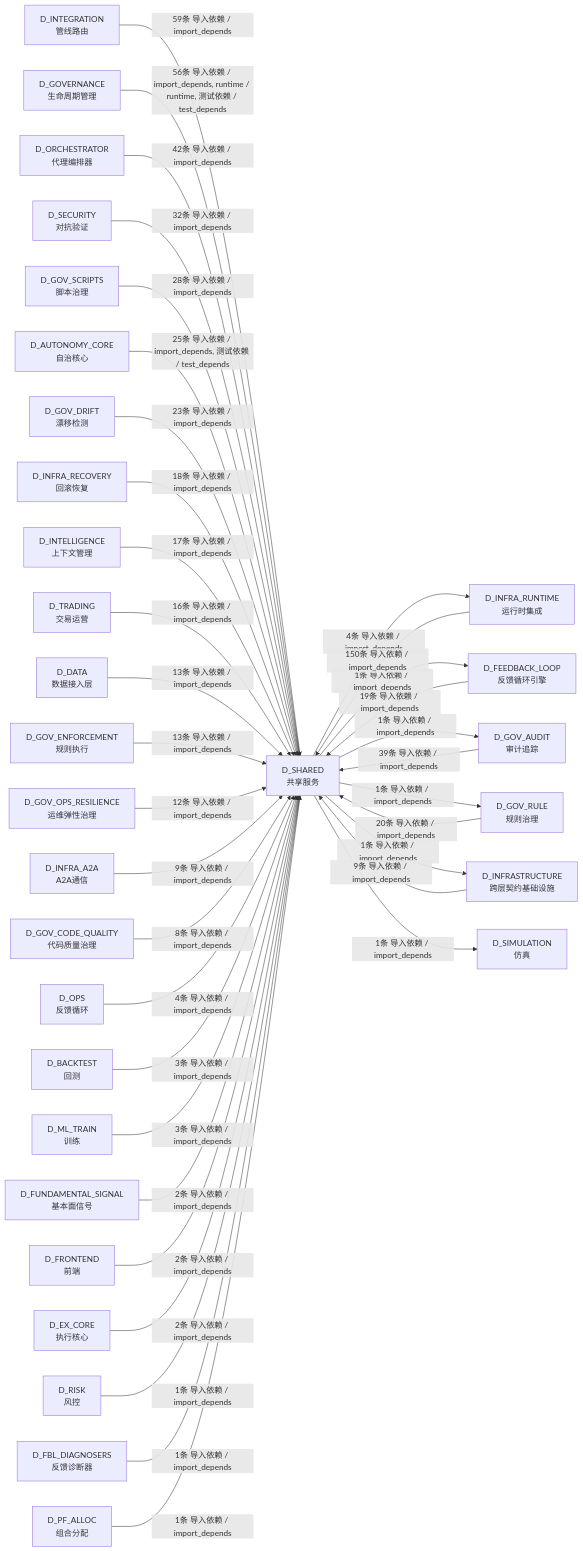
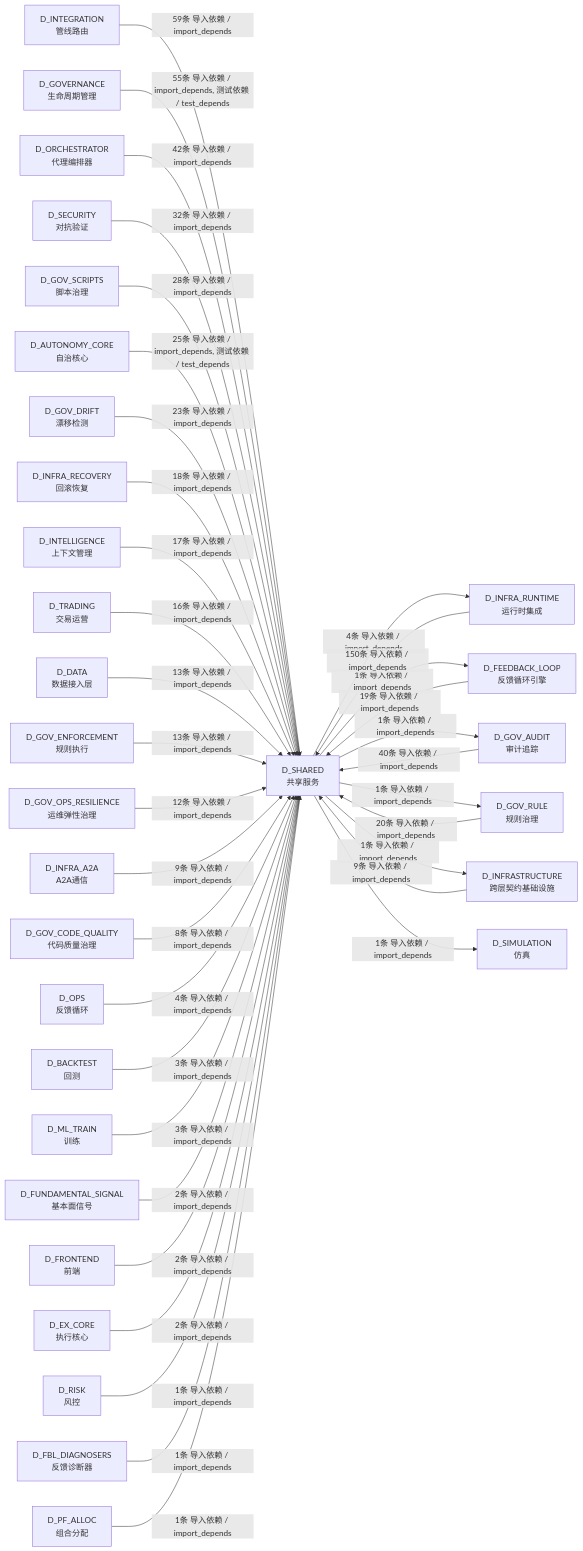
One commit to xuanFelixVan/ZephyrAlpha changed the tenth of 10 diagrams in docs/02_enterprise_architecture/02_domain_architecture_docs/26_d_shared.md. Above: the diagram before and after it, drawn with Mermaid. The commit also changed other lines of this file and 89 other files, not shown here.

````diff
--- a/docs/02_enterprise_architecture/02_domain_architecture_docs/26_d_shared.md
+++ b/docs/02_enterprise_architecture/02_domain_architecture_docs/26_d_shared.md
@@ -1722,69 +1726,69 @@
 ```mermaid
 graph LR
     D_SHARED["D_SHARED<br/>共享服务"]
     D_INFRA_RUNTIME["D_INFRA_RUNTIME<br/>运行时集成"]
     D_FEEDBACK_LOOP["D_FEEDBACK_LOOP<br/>反馈循环引擎"]
     D_GOV_AUDIT["D_GOV_AUDIT<br/>审计追踪"]
     D_GOV_RULE["D_GOV_RULE<br/>规则治理"]
     D_INFRASTRUCTURE["D_INFRASTRUCTURE<br/>跨层契约基础设施"]
     D_SIMULATION["D_SIMULATION<br/>仿真"]
     D_INTEGRATION["D_INTEGRATION<br/>管线路由"]
     D_GOVERNANCE["D_GOVERNANCE<br/>生命周期管理"]
     D_ORCHESTRATOR["D_ORCHESTRATOR<br/>代理编排器"]
     D_SECURITY["D_SECURITY<br/>对抗验证"]
     D_GOV_SCRIPTS["D_GOV_SCRIPTS<br/>脚本治理"]
     D_AUTONOMY_CORE["D_AUTONOMY_CORE<br/>自治核心"]
     D_GOV_DRIFT["D_GOV_DRIFT<br/>漂移检测"]
     D_INFRA_RECOVERY["D_INFRA_RECOVERY<br/>回滚恢复"]
     D_INTELLIGENCE["D_INTELLIGENCE<br/>上下文管理"]
     D_TRADING["D_TRADING<br/>交易运营"]
     D_DATA["D_DATA<br/>数据接入层"]
     D_GOV_ENFORCEMENT["D_GOV_ENFORCEMENT<br/>规则执行"]
     D_GOV_OPS_RESILIENCE["D_GOV_OPS_RESILIENCE<br/>运维弹性治理"]
     D_INFRA_A2A["D_INFRA_A2A<br/>A2A通信"]
     D_GOV_CODE_QUALITY["D_GOV_CODE_QUALITY<br/>代码质量治理"]
     D_OPS["D_OPS<br/>反馈循环"]
     D_BACKTEST["D_BACKTEST<br/>回测"]
     D_ML_TRAIN["D_ML_TRAIN<br/>训练"]
     D_FUNDAMENTAL_SIGNAL["D_FUNDAMENTAL_SIGNAL<br/>基本面信号"]
     D_FRONTEND["D_FRONTEND<br/>前端"]
     D_EX_CORE["D_EX_CORE<br/>执行核心"]
     D_RISK["D_RISK<br/>风控"]
     D_FBL_DIAGNOSERS["D_FBL_DIAGNOSERS<br/>反馈诊断器"]
     D_PF_ALLOC["D_PF_ALLOC<br/>组合分配"]
     D_SHARED -->|4条 导入依赖 / import_depends| D_INFRA_RUNTIME
     D_SHARED -->|1条 导入依赖 / import_depends| D_FEEDBACK_LOOP
     D_SHARED -->|1条 导入依赖 / import_depends| D_GOV_AUDIT
     D_SHARED -->|1条 导入依赖 / import_depends| D_GOV_RULE
     D_SHARED -->|1条 导入依赖 / import_depends| D_INFRASTRUCTURE
     D_SHARED -->|1条 导入依赖 / import_depends| D_SIMULATION
     D_INFRA_RUNTIME -->|150条 导入依赖 / import_depends| D_SHARED
     D_INTEGRATION -->|59条 导入依赖 / import_depends| D_SHARED
-    D_GOVERNANCE -->|56条 导入依赖 / import_depends, runtime / runtime, 测试依赖 / test_depends| D_SHARED
+    D_GOVERNANCE -->|55条 导入依赖 / import_depends, 测试依赖 / test_depends| D_SHARED
     D_ORCHESTRATOR -->|42条 导入依赖 / import_depends| D_SHARED
-    D_GOV_AUDIT -->|39条 导入依赖 / import_depends| D_SHARED
+    D_GOV_AUDIT -->|40条 导入依赖 / import_depends| D_SHARED
     D_SECURITY -->|32条 导入依赖 / import_depends| D_SHARED
     D_GOV_SCRIPTS -->|28条 导入依赖 / import_depends| D_SHARED
     D_AUTONOMY_CORE -->|25条 导入依赖 / import_depends, 测试依赖 / test_depends| D_SHARED
     D_GOV_DRIFT -->|23条 导入依赖 / import_depends| D_SHARED
     D_GOV_RULE -->|20条 导入依赖 / import_depends| D_SHARED
     D_FEEDBACK_LOOP -->|19条 导入依赖 / import_depends| D_SHARED
     D_INFRA_RECOVERY -->|18条 导入依赖 / import_depends| D_SHARED
     D_INTELLIGENCE -->|17条 导入依赖 / import_depends| D_SHARED
     D_TRADING -->|16条 导入依赖 / import_depends| D_SHARED
     D_DATA -->|13条 导入依赖 / import_depends| D_SHARED
     D_GOV_ENFORCEMENT -->|13条 导入依赖 / import_depends| D_SHARED
     D_GOV_OPS_RESILIENCE -->|12条 导入依赖 / import_depends| D_SHARED
     D_INFRASTRUCTURE -->|9条 导入依赖 / import_depends| D_SHARED
     D_INFRA_A2A -->|9条 导入依赖 / import_depends| D_SHARED
     D_GOV_CODE_QUALITY -->|8条 导入依赖 / import_depends| D_SHARED
     D_OPS -->|4条 导入依赖 / import_depends| D_SHARED
     D_BACKTEST -->|3条 导入依赖 / import_depends| D_SHARED
     D_ML_TRAIN -->|3条 导入依赖 / import_depends| D_SHARED
     D_FUNDAMENTAL_SIGNAL -->|2条 导入依赖 / import_depends| D_SHARED
     D_FRONTEND -->|2条 导入依赖 / import_depends| D_SHARED
     D_EX_CORE -->|2条 导入依赖 / import_depends| D_SHARED
     D_RISK -->|1条 导入依赖 / import_depends| D_SHARED
     D_FBL_DIAGNOSERS -->|1条 导入依赖 / import_depends| D_SHARED
     D_PF_ALLOC -->|1条 导入依赖 / import_depends| D_SHARED
 ```
````
